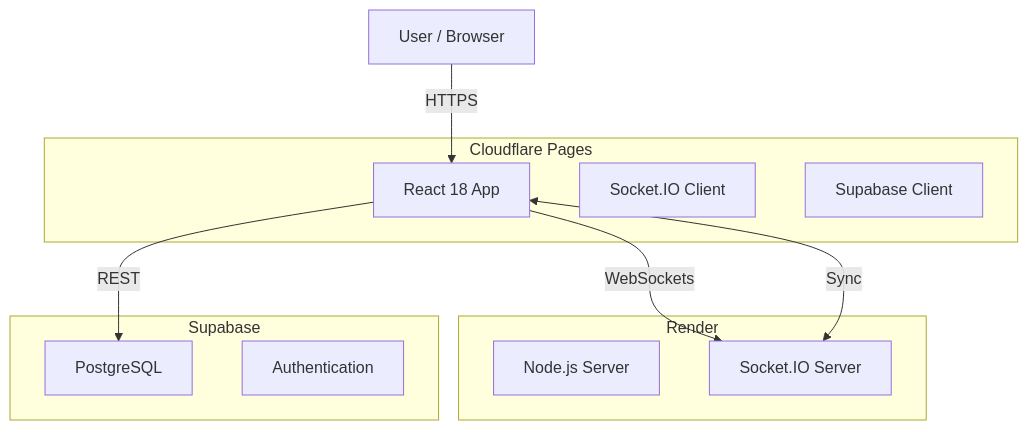
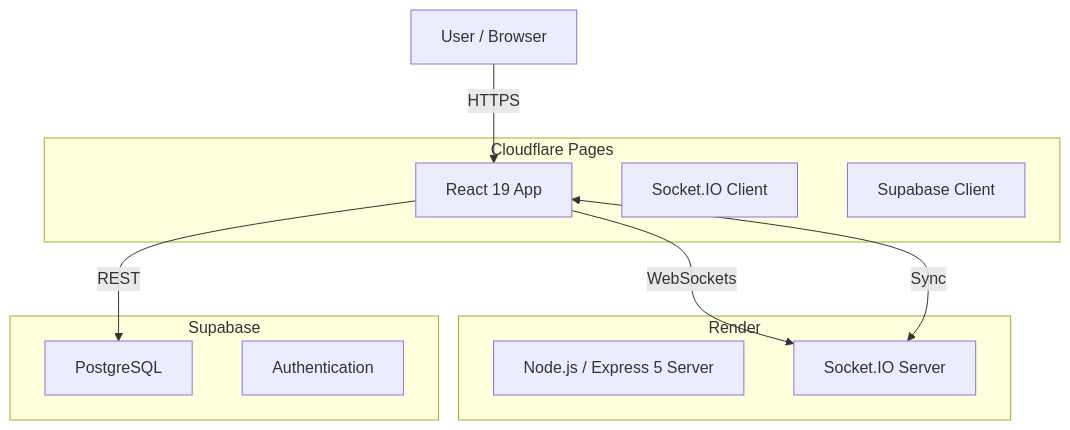
Before and after one commit to sotwat/xy-poker: the diagram in README.md, drawn with Mermaid. The commit also changed other lines of this file and 1 other file, not shown here.

````diff
--- a/README.md
+++ b/README.md
@@ -41,25 +41,25 @@
 ```mermaid
 graph TD
     User[User / Browser]
     
     subgraph Frontend [Cloudflare Pages]
-        React[React 18 App]
+        React[React 19 App]
         SocketClient[Socket.IO Client]
         SupabaseClient[Supabase Client]
     end
     
     subgraph Backend [Render]
-        NodeServer[Node.js Server]
+        NodeServer[Node.js / Express 5 Server]
         SocketServer[Socket.IO Server]
     end
     
     subgraph Database [Supabase]
         Postgres[PostgreSQL]
         Auth[Authentication]
     end
     
     User -->|HTTPS| React
     React -->|WebSockets| SocketServer
     React -->|REST| Postgres
     SocketServer <-->|Sync| React
 ```
````
